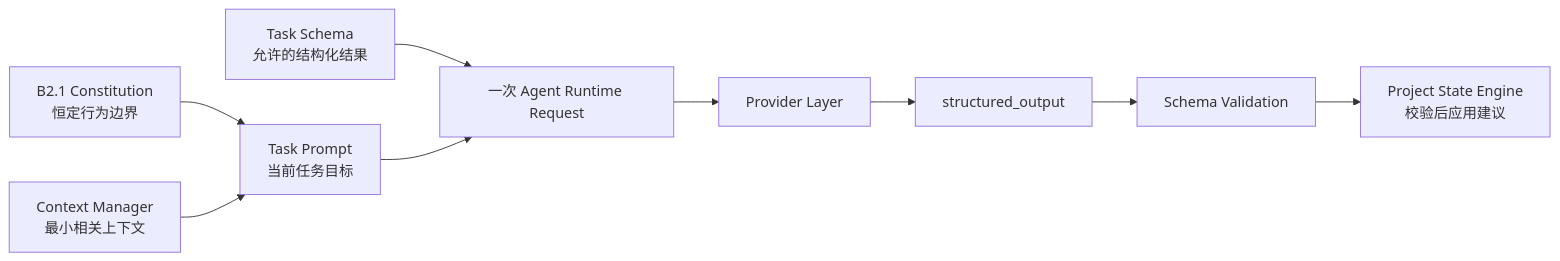
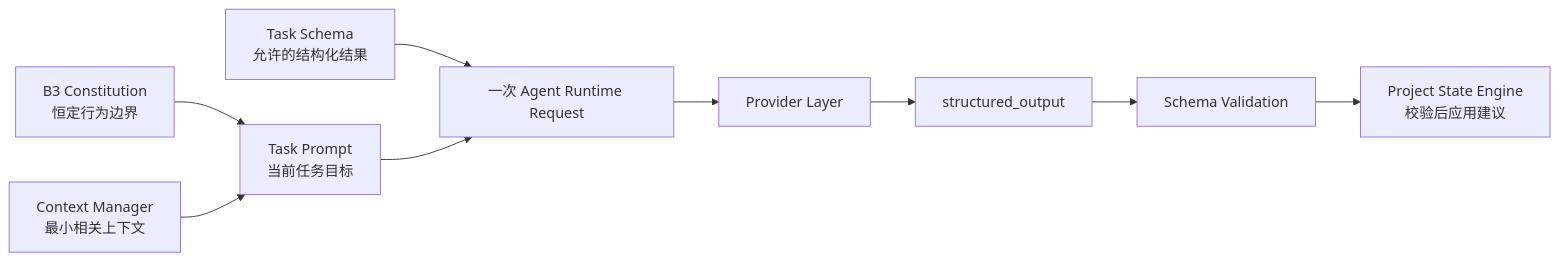
The diagram in docs/blueprint/03_AGENT_RUNTIME.md (Myles-7/project-architect), drawn with Mermaid before and after one commit. The commit also changed other lines of this file and 732 other files, not shown here.

````diff
--- a/docs/blueprint/03_AGENT_RUNTIME.md
+++ b/docs/blueprint/03_AGENT_RUNTIME.md
@@ -24,11 +24,11 @@
 ```mermaid
 flowchart LR
-    C["B2.1 Constitution\n恒定行为边界"] --> T["Task Prompt\n当前任务目标"]
+    C["B3 Constitution\n恒定行为边界"] --> T["Task Prompt\n当前任务目标"]
     CM["Context Manager\n最小相关上下文"] --> T
     S["Task Schema\n允许的结构化结果"] --> R["一次 Agent Runtime Request"]
     T --> R
     R --> P["Provider Layer"]
     P --> O["structured_output"]
     O --> V["Schema Validation"]
     V --> SE["Project State Engine\n校验后应用建议"]
 ```
````
